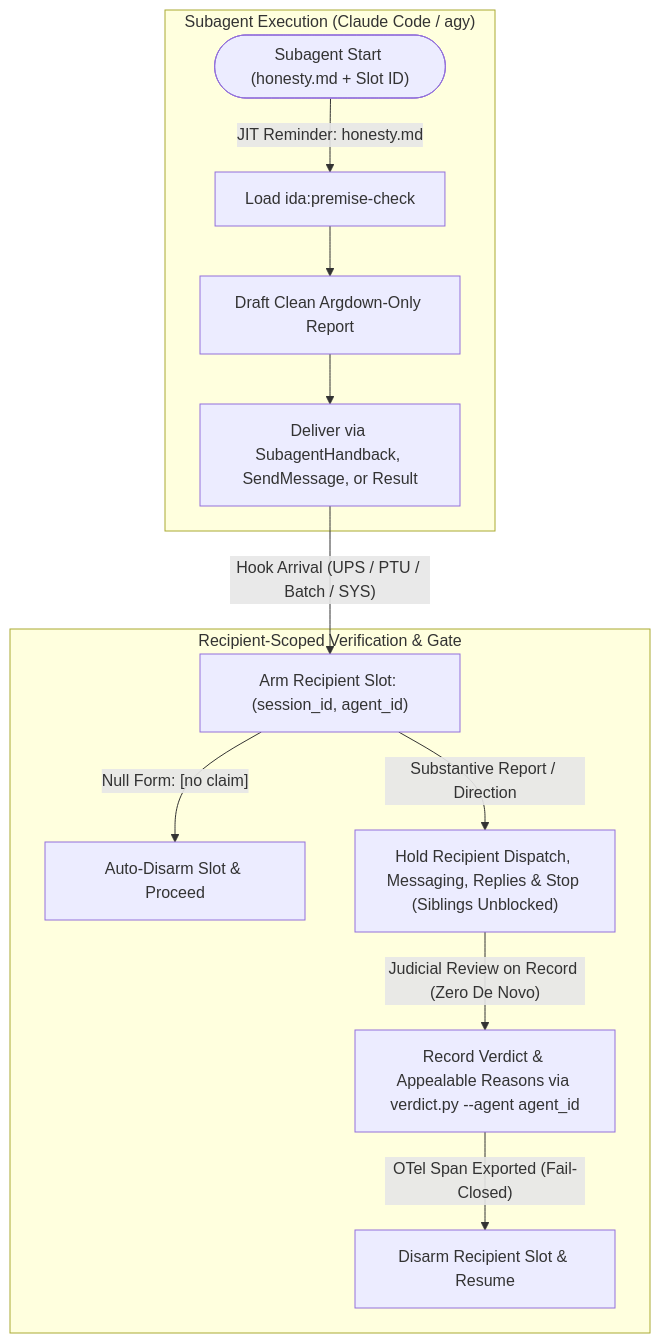
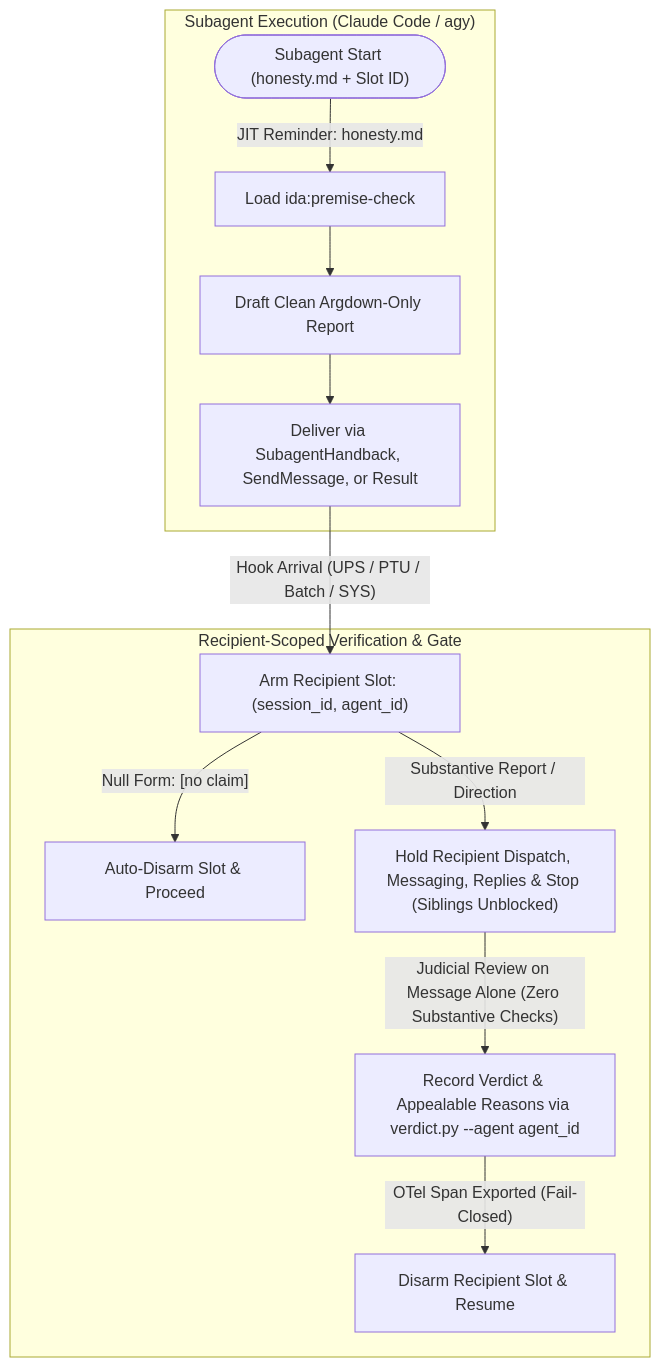
Before and after one commit to nicsuzor/academicOps: the diagram in specs/enforcement/evidence-contract-enforcement.md, drawn with Mermaid. The commit also changed other lines of this file and 21 other files, not shown here.

````diff
--- a/specs/enforcement/evidence-contract-enforcement.md
+++ b/specs/enforcement/evidence-contract-enforcement.md
@@ -16,15 +16,15 @@
 ```mermaid
 flowchart TD
     subgraph SubagentExecution ["Subagent Execution (Claude Code / agy)"]
         Start(["Subagent Start (honesty.md + Slot ID)"]) -->|"JIT Reminder: honesty.md"| Prompt["Load ida:premise-check"]
         Prompt --> Draft["Draft Clean Argdown-Only Report"]
         Draft --> Handback["Deliver via SubagentHandback, SendMessage, or Result"]
     end
     subgraph CallerVerification ["Recipient-Scoped Verification & Gate"]
         Handback -->|"Hook Arrival (UPS / PTU / Batch / SYS)"| SlotArm["Arm Recipient Slot: (session_id, agent_id)"]
         SlotArm -->|"Null Form: [no claim]"| DisarmNull["Auto-Disarm Slot & Proceed"]
         SlotArm -->|"Substantive Report / Direction"| HoldSlot["Hold Recipient Dispatch, Messaging, Replies & Stop (Siblings Unblocked)"]
-        HoldSlot -->|"Judicial Review on Record (Zero De Novo)"| Verdict["Record Verdict & Appealable Reasons via verdict.py --agent agent_id"]
+        HoldSlot -->|"Judicial Review on Message Alone (Zero Substantive Checks)"| Verdict["Record Verdict & Appealable Reasons via verdict.py --agent agent_id"]
         Verdict -->|"OTel Span Exported (Fail-Closed)"| Disarm["Disarm Recipient Slot & Resume"]
     end
 ```
````
